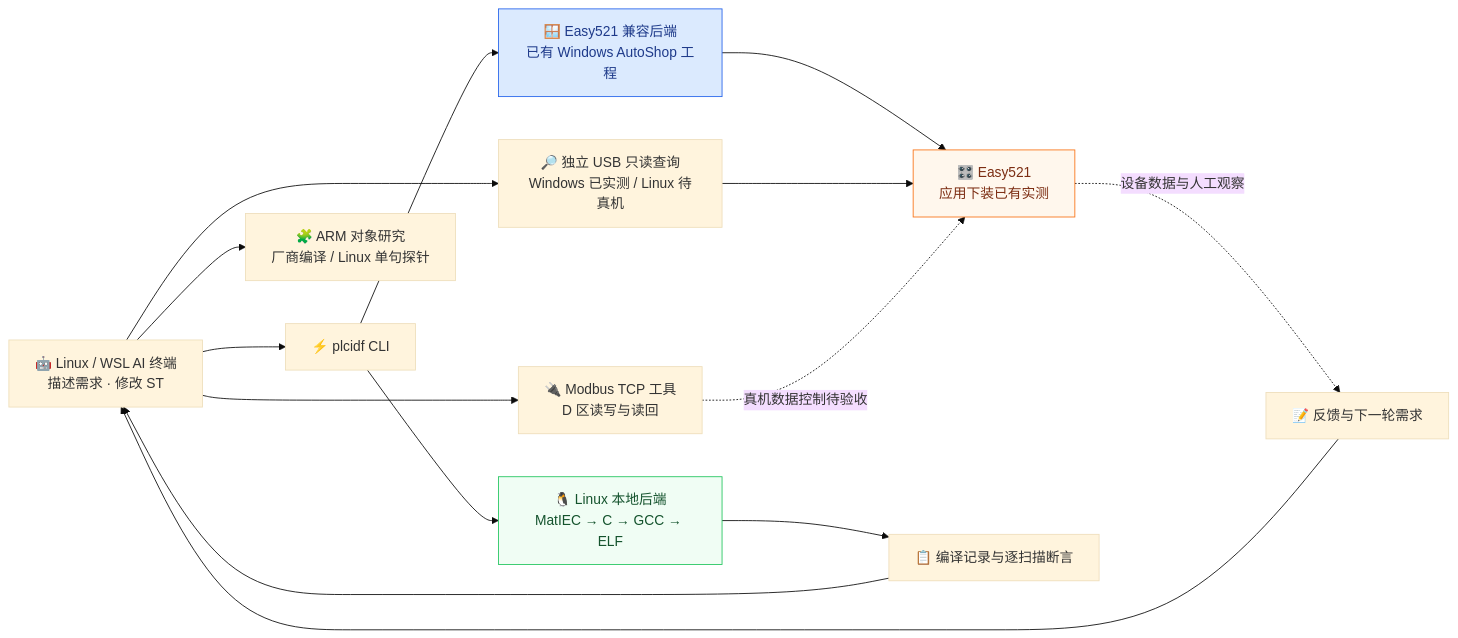
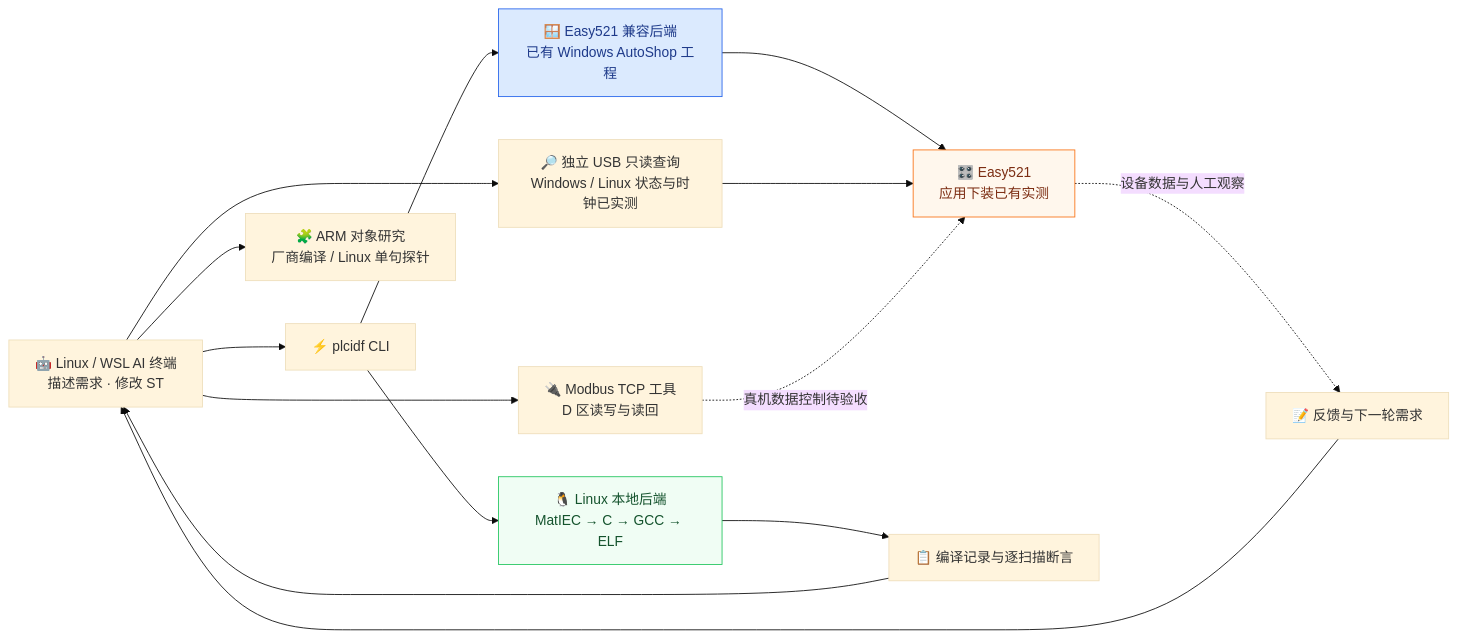
One commit to BUG423/other-plc-idf changed the diagram in README.md. Above: the diagram before and after it, drawn with Mermaid (base theme). The commit also changed other lines of this file and 30 other files, not shown here.

````diff
--- a/README.md
+++ b/README.md
@@ -16,20 +16,20 @@
 ```mermaid
 flowchart LR
     AI["🤖 Linux / WSL AI 终端<br/>描述需求 · 修改 ST"] --> CLI["⚡ plcidf CLI"]
     CLI --> OPEN["🐧 Linux 本地后端<br/>MatIEC → C → GCC → ELF"]
     CLI --> VENDOR["🪟 Easy521 兼容后端<br/>已有 Windows AutoShop 工程"]
     AI --> DATA["🔌 Modbus TCP 工具<br/>D 区读写与读回"]
-    AI --> USB["🔎 独立 USB 只读查询<br/>Windows 已实测 / Linux 待真机"]
+    AI --> USB["🔎 独立 USB 只读查询<br/>Windows / Linux 状态与时钟已实测"]
     AI --> OBJECT["🧩 ARM 对象研究<br/>厂商编译 / Linux 单句探针"]
     VENDOR --> PLC["🎛️ Easy521<br/>应用下装已有实测"]
     USB --> PLC
     DATA -.->|"真机数据控制待验收"| PLC
     OPEN --> REPORT["📋 编译记录与逐扫描断言"]
     PLC -.->|"设备数据与人工观察"| FEEDBACK["📝 反馈与下一轮需求"]
     REPORT --> AI
     FEEDBACK --> AI
 
     style OPEN fill:#f0fdf4,stroke:#22c55e,color:#14532d
     style VENDOR fill:#dbeafe,stroke:#2563eb,color:#1e3a8a
     style PLC fill:#fff7ed,stroke:#f97316,color:#7c2d12
 ```
````
